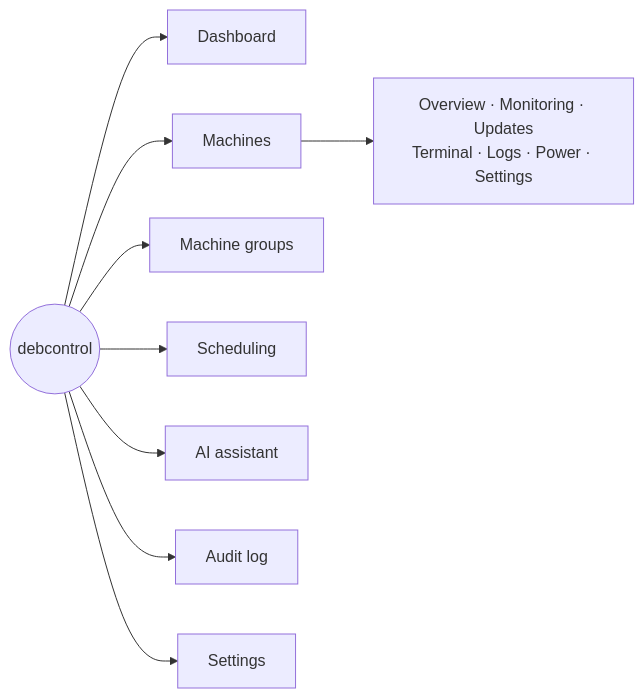
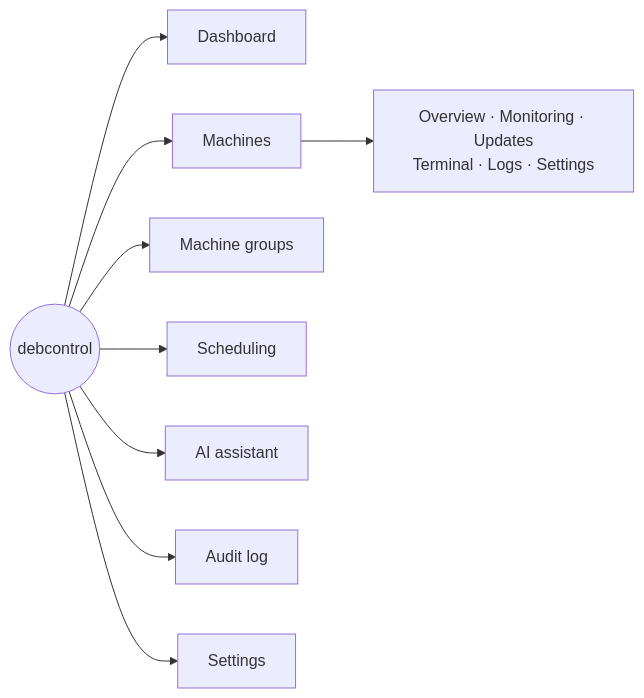
The diagram in wiki/Home.md (sparkycz1/debcontrol), drawn with Mermaid before and after one commit. The commit also changed other lines of this file and 14 other files, not shown here.

````diff
--- a/wiki/Home.md
+++ b/wiki/Home.md
@@ -16,12 +16,12 @@
 ```mermaid
 flowchart LR
     App(("debcontrol"))
     App --> Dash["Dashboard"]
     App --> M["Machines"]
     App --> G["Machine groups"]
     App --> Sched["Scheduling"]
     App --> AI["AI assistant"]
     App --> Audit["Audit log"]
     App --> Set["Settings"]
-    M --> M1["Overview · Monitoring · Updates<br/>Terminal · Logs · Power · Settings"]
+    M --> M1["Overview · Monitoring · Updates<br/>Terminal · Logs · Settings"]
 ```
````
